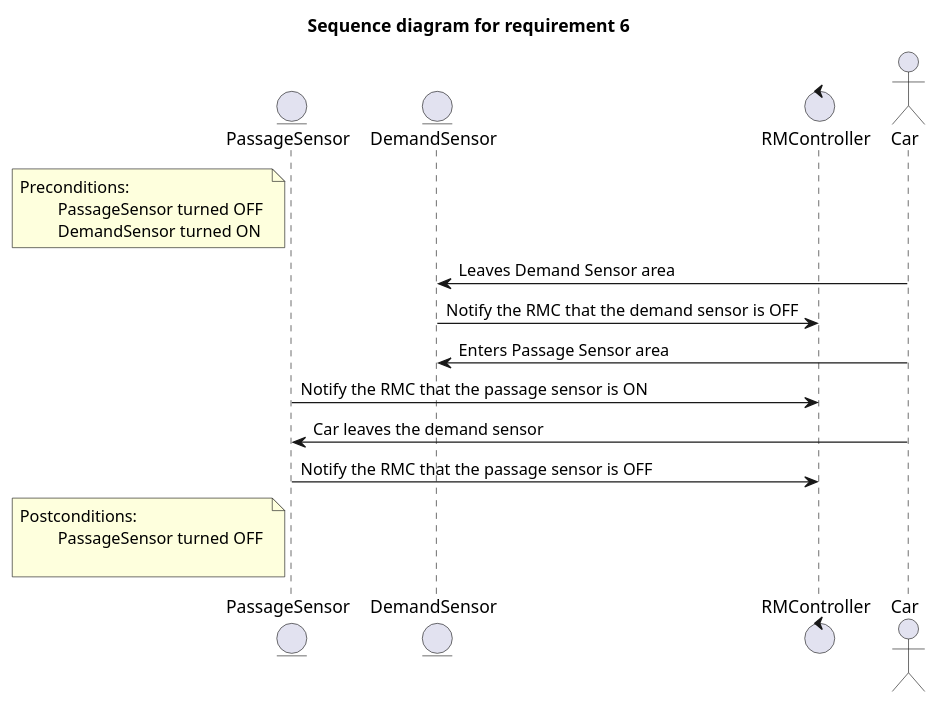
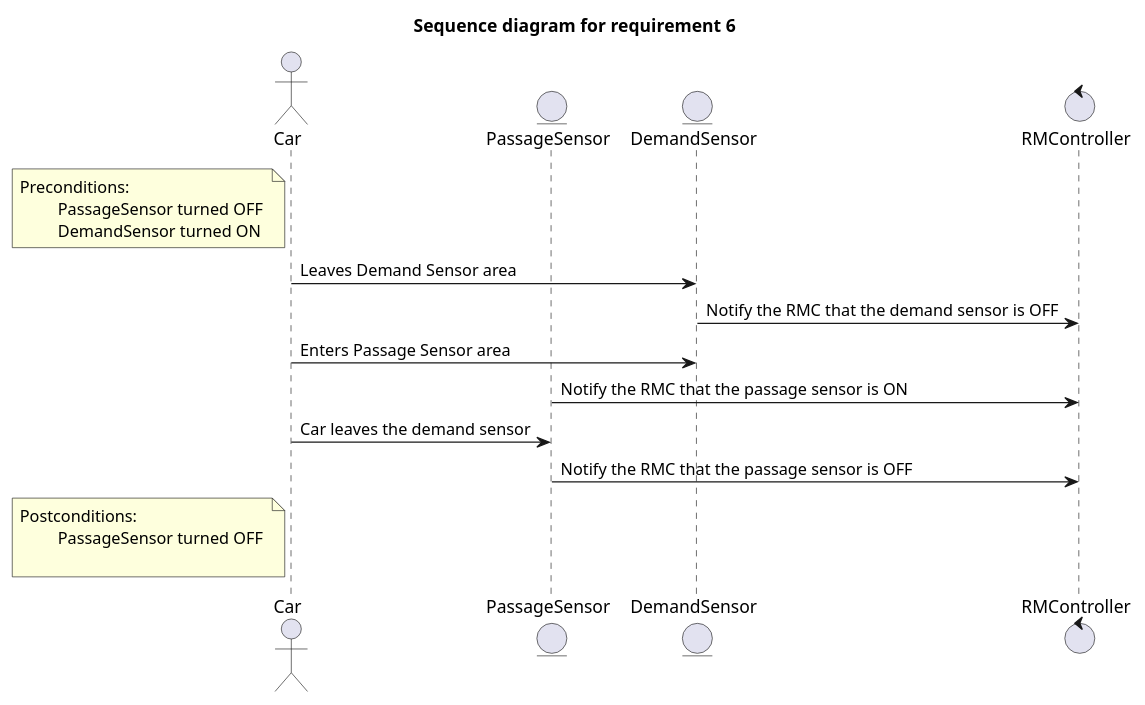
Before and after one commit to MaksimKarnaukh/MoSIS: the diagram in 01_RequirementsChecking/sequence_diagram_req6.puml, drawn with PlantUML. The commit also changed 2 other files, not shown here.

```diff
--- a/01_RequirementsChecking/sequence_diagram_req6.puml
+++ b/01_RequirementsChecking/sequence_diagram_req6.puml
@@ -1,24 +1,24 @@
 @startuml
 
 '6) The passage sensor can only be turned ON once a car leaves the demand
 'sensor shifting from ON to OFF. Another car can only turn the
 'passage sensor ON once it has been turned OFF (the previous car joined the mainline).
 title "Sequence diagram for requirement 6"
 
+actor Car as Car
 entity PassageSensor as PS
 entity DemandSensor as DS
 control RMController as RMC
-actor Car as Car
 
-note left of PS : Preconditions:\n\t PassageSensor turned OFF \n\t DemandSensor turned ON
+note left of Car : Preconditions:\n\t PassageSensor turned OFF \n\t DemandSensor turned ON
 
 Car -> DS:Leaves Demand Sensor area
 DS -> RMC : Notify the RMC that the demand sensor is OFF
 Car -> DS:Enters Passage Sensor area
 PS -> RMC : Notify the RMC that the passage sensor is ON
 Car -> PS :Car leaves the demand sensor
 PS -> RMC : Notify the RMC that the passage sensor is OFF
 
-note left of PS : Postconditions:\n\t PassageSensor turned OFF \n\t
+note left  of Car : Postconditions:\n\t PassageSensor turned OFF \n\t
 
 @enduml
```
